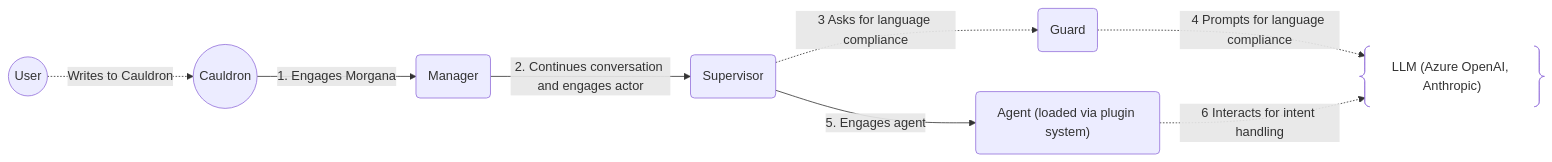
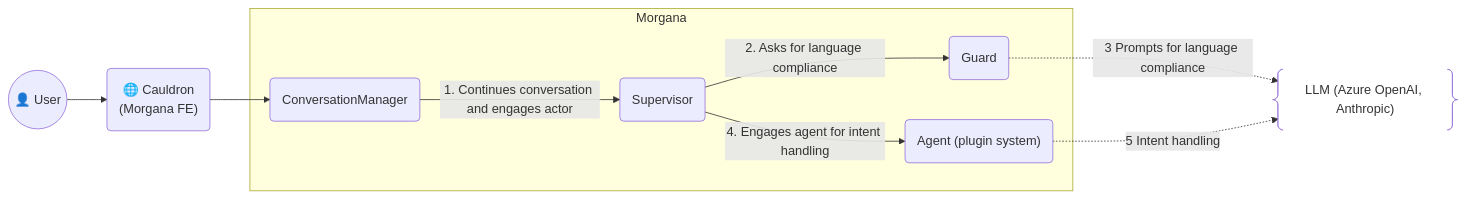
The second of 2 diagrams in README.md (mdesalvo/Morgana), drawn with Mermaid before and after one commit. The commit also changed other lines of this file, not shown here.

````diff
--- a/README.md
+++ b/README.md
@@ -70,14 +82,26 @@
 ```mermaid
 graph LR
-  U@{shape: circle, label: "User"} -. Writes to Cauldron .-> CLD@{shape: rounded, label: "Cauldron"}
+  %% Frontend
+  U@{shape: circle, label: "👤 User"} --> CLD@{shape: rounded, label: "🌐 Cauldron\n(Morgana FE)"}
 
-  CLD@{shape: circle, label: "Cauldron"} -- 1. Engages Morgana --> CM@{shape: rounded, label: "ConversationManager"}
-  CM@{shape: rounded, label: "Manager"} -- 2. Continues conversation and engages actor --> SV@{shape: rounded, label: "Supervisor"}
+  %% Backend boundary
+  subgraph Morgana["Morgana"]
+    CM@{shape: rounded, label: "ConversationManager"}
+    SV@{shape: rounded, label: "Supervisor"}
 
-  SV@{shape: rounded, label: "Supervisor"} -. 3 Asks for language compliance .-> G@{shape: rounded, label: "Guard"}
-  SV@{shape: rounded, label: "Supervisor"} -- 5. Engages agent --> MA@{shape: rounded, label: "MorganaAgent (loaded via plugin system)"}
+    G@{shape: rounded, label: "Guard"}
+    MA@{shape: rounded, label: "Agent (plugin system)"}
+  end
 
-  G@{shape: rounded, label: "Guard"} -. 4 Prompts for language compliance .-> LLM
+  %% FE → BE
+  CLD --> CM
+  CM -- 1. Continues conversation and engages actor --> SV
 
-  MA@{shape: rounded, label: "Agent (loaded via plugin system)"} -. 6 Interacts for intent handling .-> LLM@{shape: braces, label: "LLM (Azure OpenAI, Anthropic)"}
+  %% Internal BE flow
+  SV -- 2. Asks for language compliance --> G
+  SV -- 4. Engages agent for intent handling --> MA
+
+  %% External systems
+  G -. 3 Prompts for language compliance .-> LLM@{shape: braces, label: "LLM (Azure OpenAI, Anthropic)"}
+  MA -. 5 Intent handling .-> LLM
 ```
````
